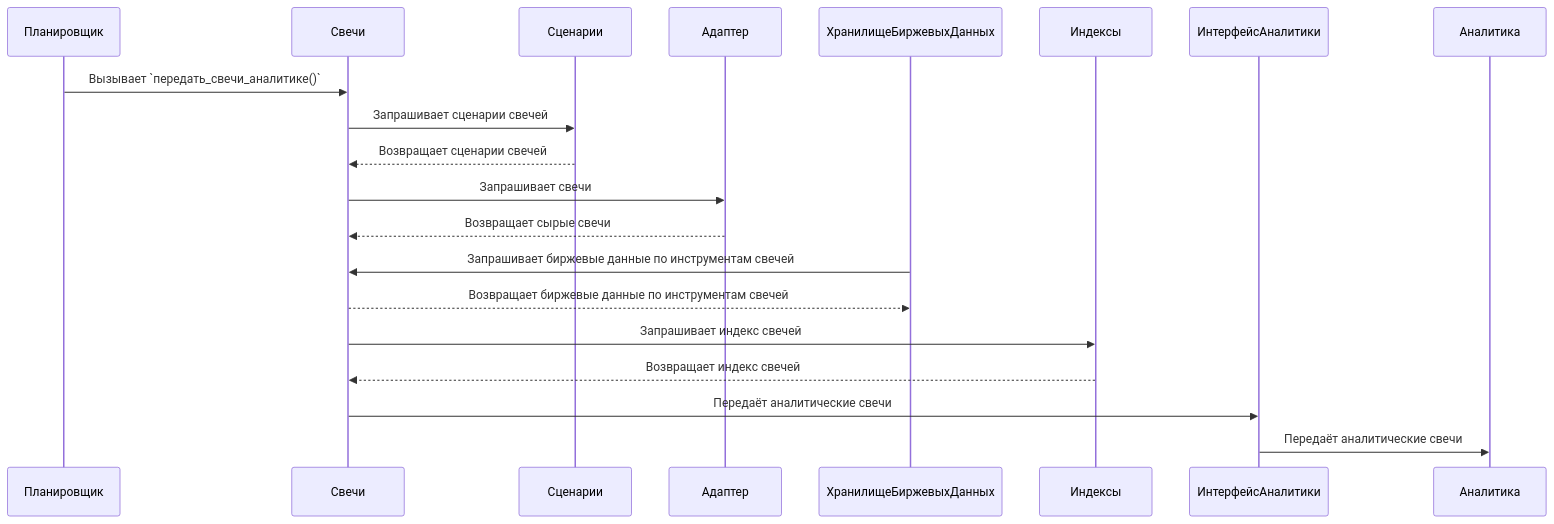
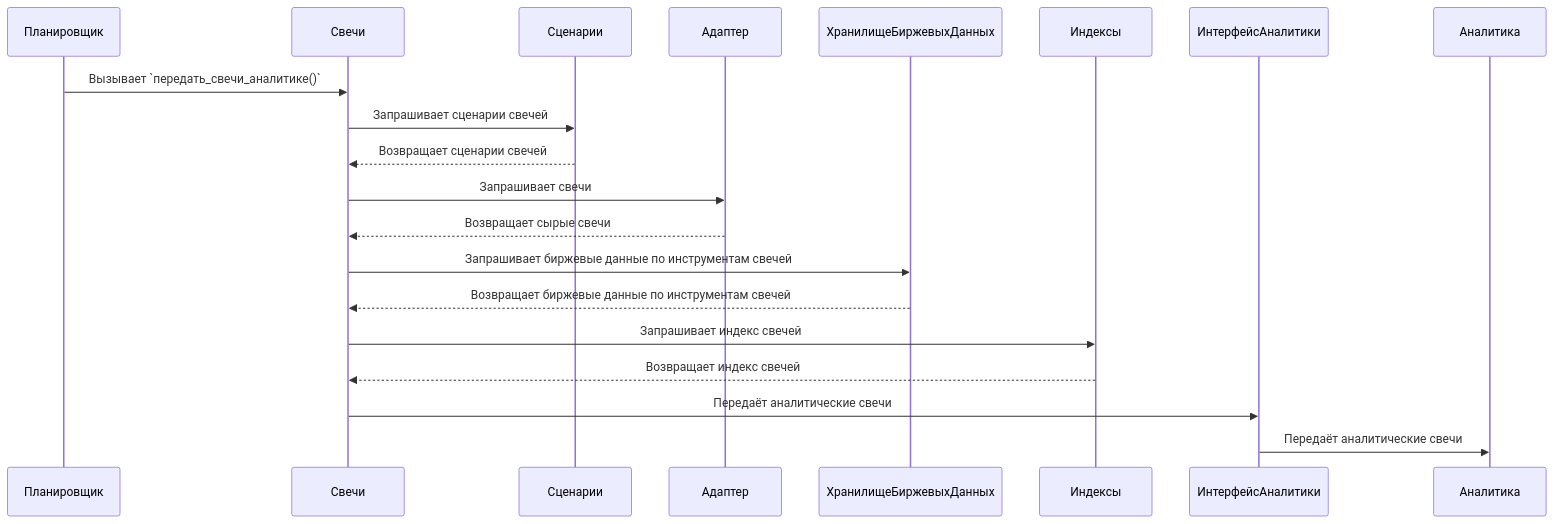
One commit to Marat22/MiriadRobotDocs changed diagram 11 of 19 in robot-logic.md. Above: the diagram before and after it, drawn with Mermaid. The commit also changed other lines of this file, not shown here.

Commit message:
Добавил диаграмму процесса для `РегуляторПодписок` и немного исправил процесс в `Фьючерсы`

````diff
--- a/robot-logic.md
+++ b/robot-logic.md
@@ -323,14 +322,14 @@
 ```mermaid
 sequenceDiagram
     Планировщик->>Свечи: Вызывает `передать_свечи_аналитике()`
     Свечи->>Сценарии: Запрашивает сценарии свечей
     Сценарии-->>Свечи: Возвращает сценарии свечей
     Свечи->>Адаптер: Запрашивает свечи
     Адаптер-->>Свечи: Возвращает сырые свечи
-    ХранилищеБиржевыхДанных->>Свечи: Запрашивает биржевые данные по инструментам свечей
-    Свечи-->>ХранилищеБиржевыхДанных: Возвращает биржевые данные по инструментам свечей
+    Свечи->>ХранилищеБиржевыхДанных: Запрашивает биржевые данные по инструментам свечей
+    ХранилищеБиржевыхДанных-->>Свечи: Возвращает биржевые данные по инструментам свечей
     Свечи->>Индексы: Запрашивает индекс свечей
     Индексы-->>Свечи: Возвращает индекс свечей
     Свечи->>ИнтерфейсАналитики: Передаёт аналитические свечи
     ИнтерфейсАналитики->>Аналитика: Передаёт аналитические свечи
 ``` 
````
